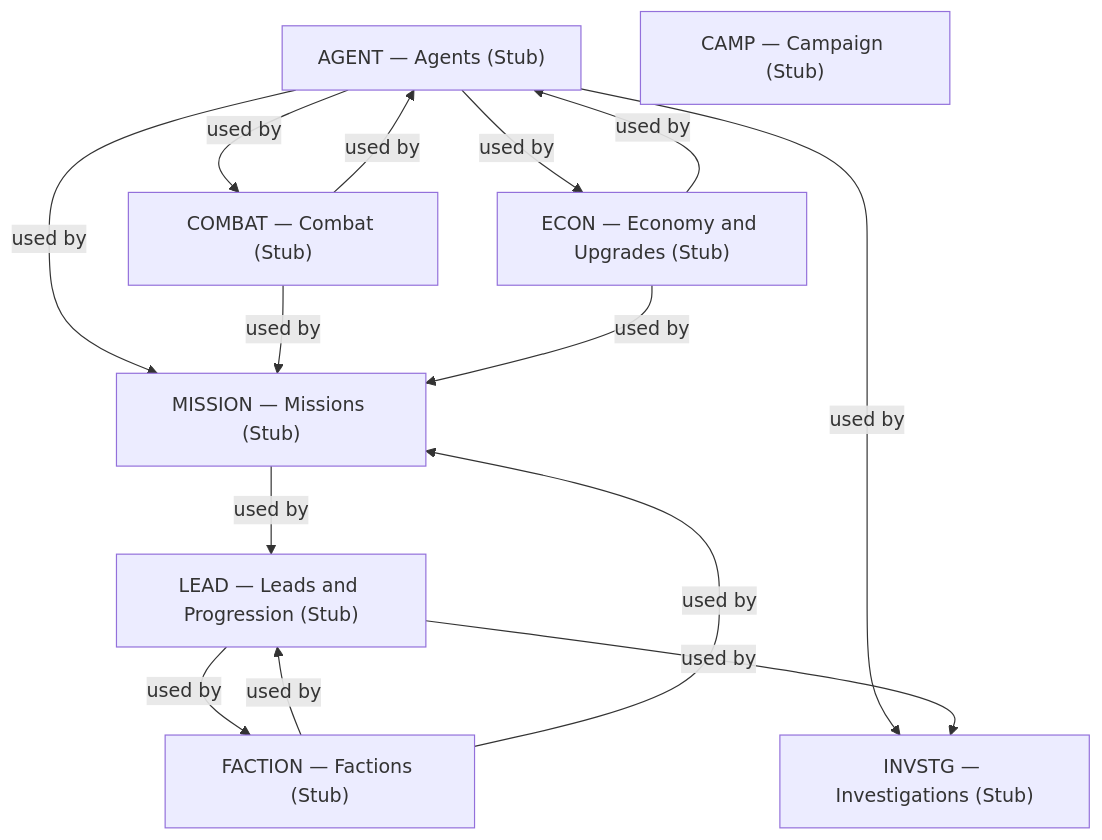
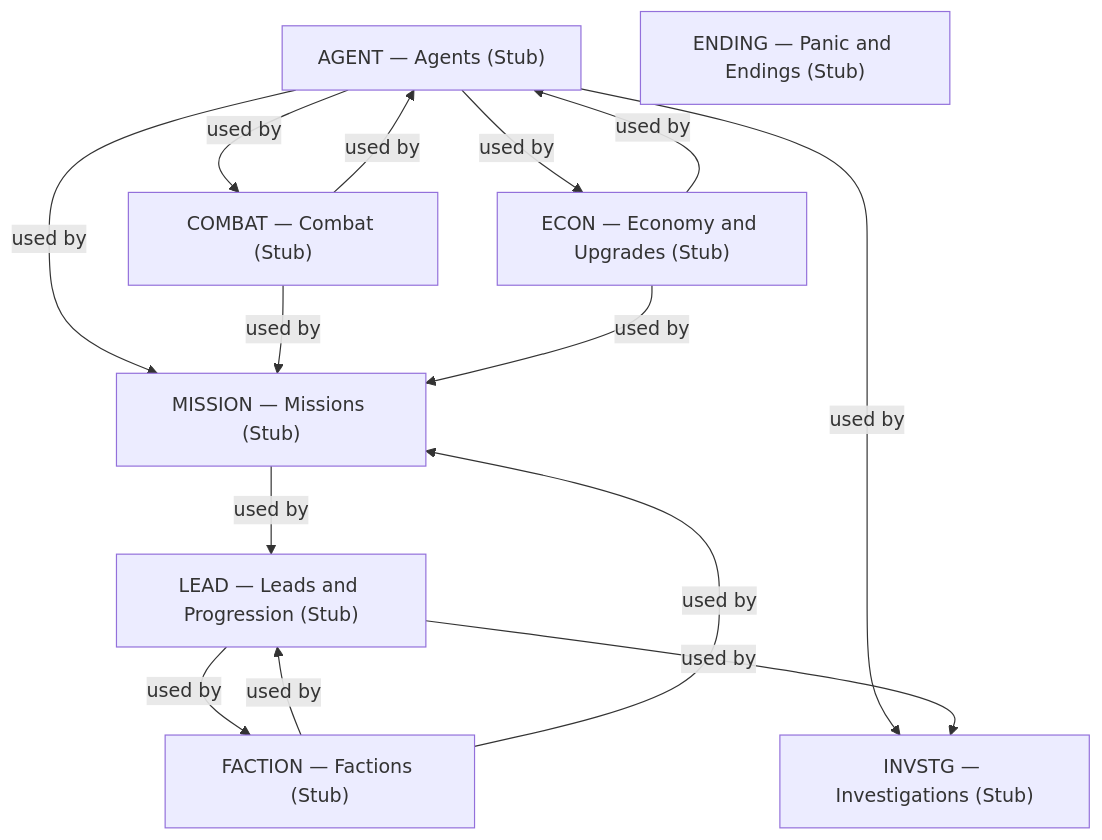
The first of 2 diagrams in docs/specs/mechanics/about-mechanics.md (konrad-jamrozik/game-v5), drawn with Mermaid before and after one commit. The commit also changed other lines of this file and 34 other files, not shown here.

````diff
--- a/docs/specs/mechanics/about-mechanics.md
+++ b/docs/specs/mechanics/about-mechanics.md
@@ -69,24 +69,24 @@
 ```mermaid
 flowchart TD
   AGENT["AGENT — Agents (Stub)"]
-  CAMP["CAMP — Campaign (Stub)"]
   COMBAT["COMBAT — Combat (Stub)"]
   ECON["ECON — Economy and Upgrades (Stub)"]
+  ENDING["ENDING — Panic and Endings (Stub)"]
   FACTION["FACTION — Factions (Stub)"]
   INVSTG["INVSTG — Investigations (Stub)"]
   LEAD["LEAD — Leads and Progression (Stub)"]
   MISSION["MISSION — Missions (Stub)"]
   AGENT -->|used by| COMBAT
   AGENT -->|used by| ECON
   AGENT -->|used by| INVSTG
   AGENT -->|used by| MISSION
   COMBAT -->|used by| AGENT
   COMBAT -->|used by| MISSION
   ECON -->|used by| AGENT
   ECON -->|used by| MISSION
   FACTION -->|used by| LEAD
   FACTION -->|used by| MISSION
   LEAD -->|used by| FACTION
   LEAD -->|used by| INVSTG
   MISSION -->|used by| LEAD
 ```
````
